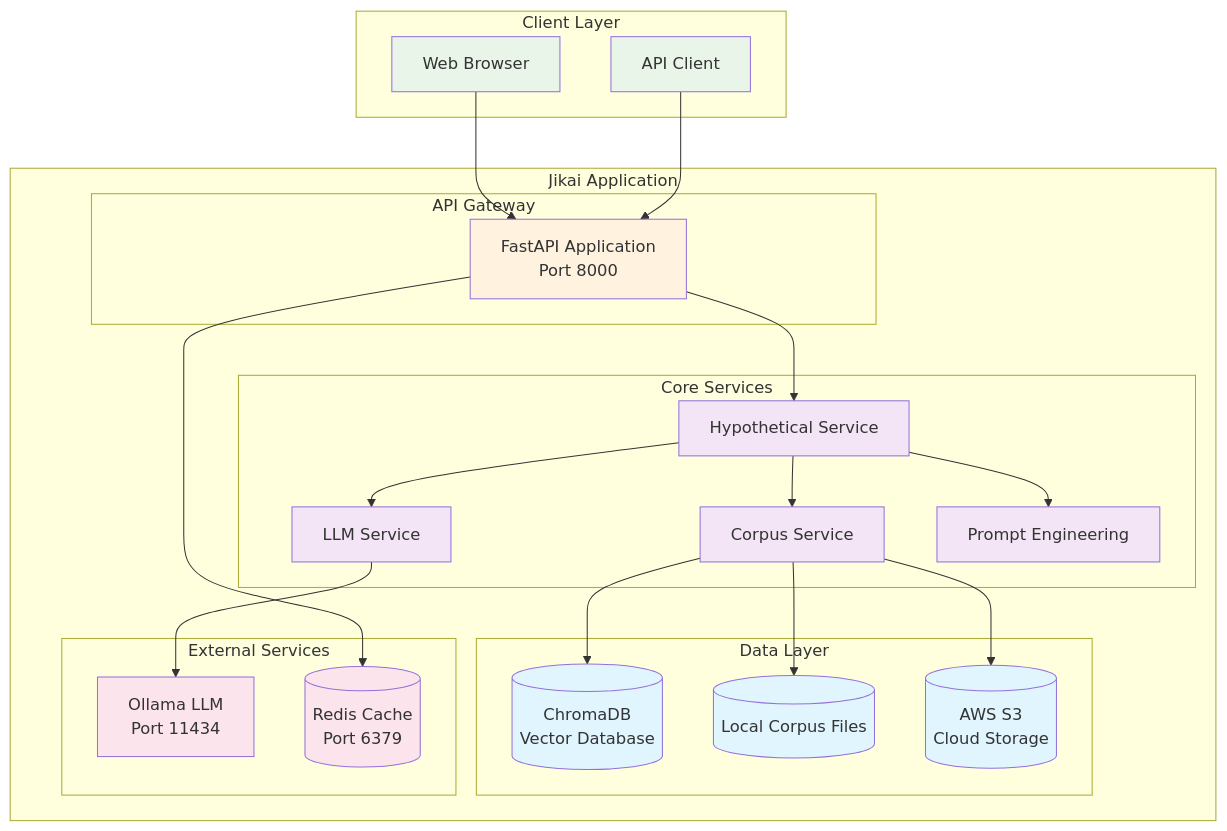
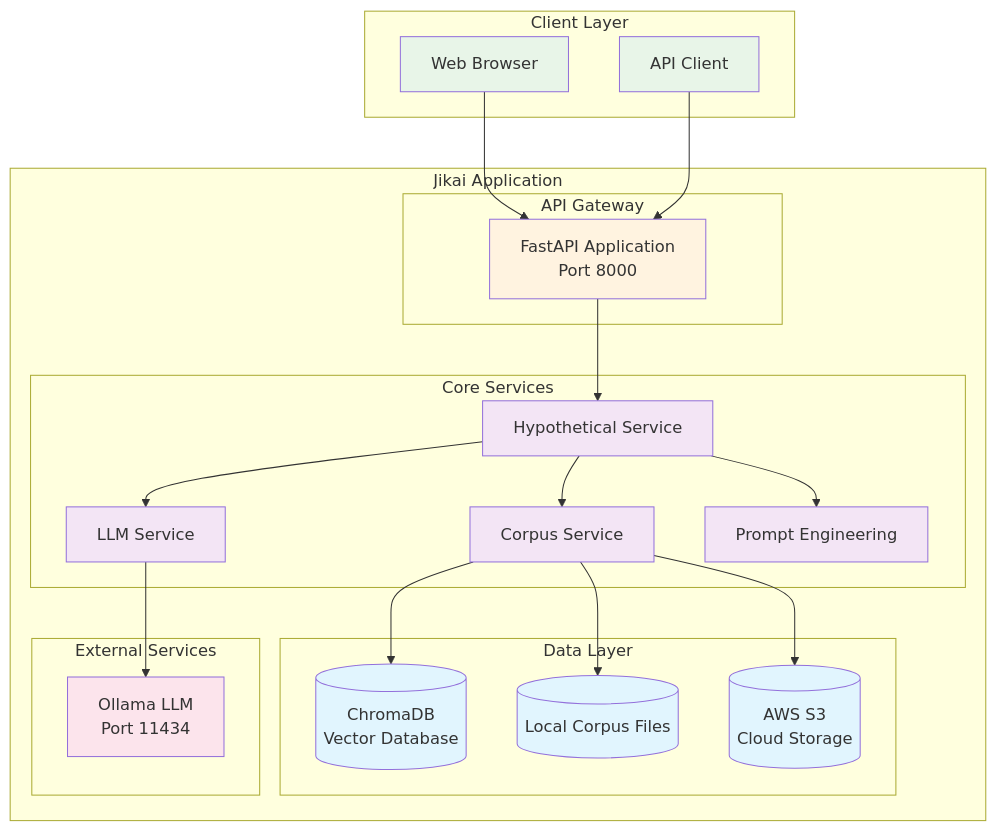
The third of 5 diagrams in README.md (gongahkia/jikai), drawn with Mermaid before and after one commit. The commit also changed other lines of this file and 1 other file, not shown here.

Commit message:
update README: remove Docker refs, add local setup, API keys, ML training sections

````diff
--- a/README.md
+++ b/README.md
@@ -181,58 +195,55 @@
 ```mermaid
 graph TB
     subgraph "Client Layer"
         WebClient[Web Browser]
         APIClient[API Client]
     end
     
     subgraph "Jikai Application"
         subgraph "API Gateway"
             FastAPI[FastAPI Application<br/>Port 8000]
         end
         
         subgraph "Core Services"
             HypService[Hypothetical Service]
             LLMService[LLM Service]
             CorpusService[Corpus Service]
             PromptService[Prompt Engineering]
         end
         
         subgraph "Data Layer"
             ChromaDB[(ChromaDB<br/>Vector Database)]
             LocalFiles[(Local Corpus Files)]
             S3Storage[(AWS S3<br/>Cloud Storage)]
         end
         
         subgraph "External Services"
             OllamaService[Ollama LLM<br/>Port 11434]
-            RedisCache[(Redis Cache<br/>Port 6379)]
         end
     end
     
     WebClient --> FastAPI
     APIClient --> FastAPI
     
     FastAPI --> HypService
     HypService --> LLMService
     HypService --> CorpusService
     HypService --> PromptService
     
     LLMService --> OllamaService
     CorpusService --> ChromaDB
     CorpusService --> LocalFiles
     CorpusService --> S3Storage
     
-    FastAPI --> RedisCache
-    
     classDef client fill:#e8f5e8
     classDef api fill:#fff3e0
     classDef service fill:#f3e5f5
     classDef data fill:#e1f5fe
     classDef external fill:#fce4ec
     
     class WebClient,APIClient client
     class FastAPI api
     class HypService,LLMService,CorpusService,PromptService service
     class ChromaDB,LocalFiles,S3Storage data
-    class OllamaService,RedisCache external
+    class OllamaService external
 ```
````
